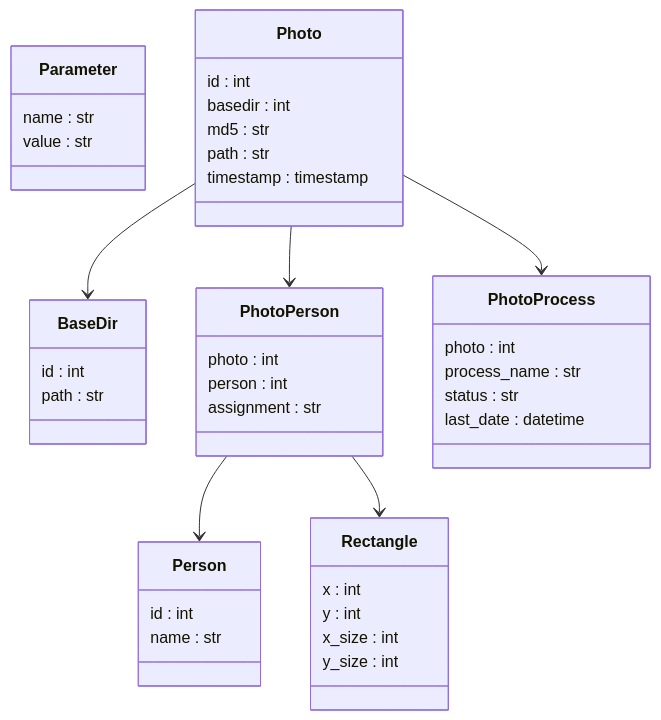
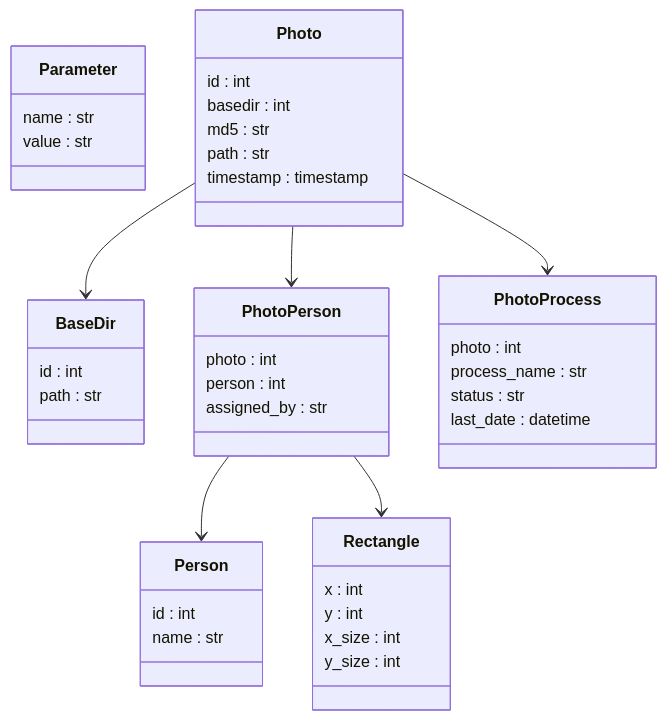
The third of 4 diagrams in Design.md (fvbakel/fotos), drawn with Mermaid before and after one commit. The commit also changed 5 other files, not shown here.

````diff
--- a/Design.md
+++ b/Design.md
@@ -45,54 +45,54 @@
 ```mermaid
   classDiagram
 
     class Parameter {
         name    : str
         value   : str
     }
 
     class Photo {
         id          : int
         basedir     : int
         md5         : str
         path        : str
         timestamp   : timestamp
     }
 
     class BaseDir {
         id      : int
         path    : str
     }
 
     class Person {
         id      : int
         name    : str
     }
 
     class PhotoPerson {
-        photo      : int
-        person     : int
-        assignment : str 
+        photo       : int
+        person      : int
+        assigned_by : str 
     }
 
     class Rectangle {
       x       : int
       y       : int
       x_size  : int
       y_size  : int
     }
 
     class PhotoProcess {
       photo         : int
       process_name  : str
       status        : str
       last_date     : datetime
     }
 
 
     Photo --> BaseDir
     Photo --> PhotoPerson
     Photo --> PhotoProcess
     PhotoPerson --> Person
     PhotoPerson --> Rectangle
 
 ```
````
